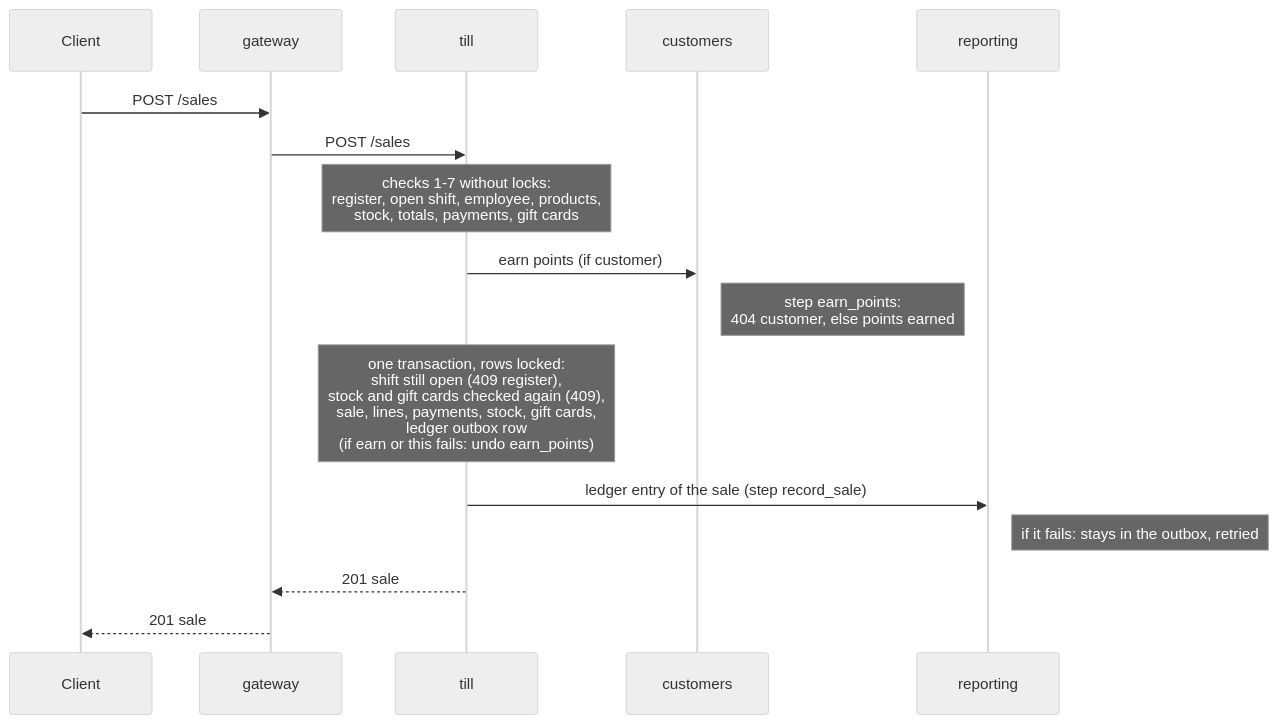
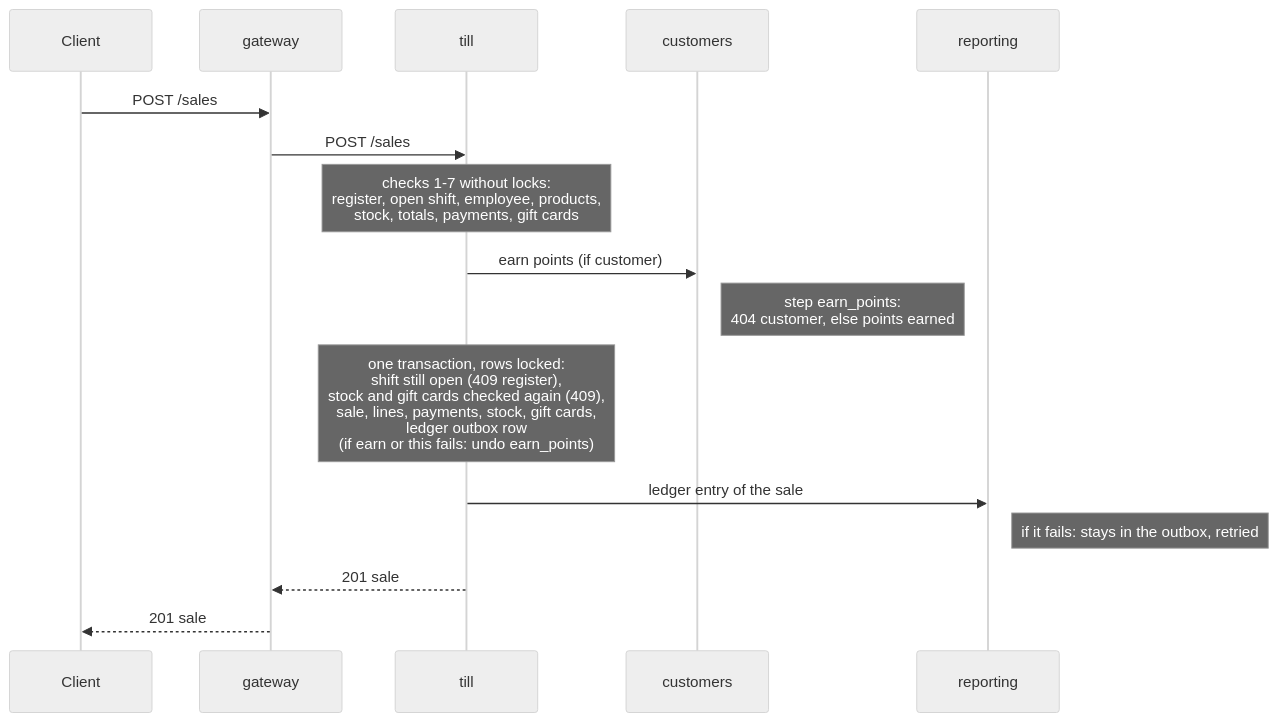
Before and after one commit to karliskalnakarklis/Group-F: diagram 12 of 15 in docs/design.md, drawn with Mermaid (neutral theme). The commit also changed other lines of this file and 6 other files, not shown here.

````diff
--- a/docs/design.md
+++ b/docs/design.md
@@ -621,18 +638,18 @@
 ```mermaid
 sequenceDiagram
     participant C as Client
     participant G as gateway
     participant T as till
     participant CU as customers
     participant R as reporting
     C->>G: POST /sales
     G->>T: POST /sales
     Note over T: checks 1-7 without locks:<br/>register, open shift, employee, products,<br/>stock, totals, payments, gift cards
     T->>CU: earn points (if customer)
     Note right of CU: step earn_points:<br/>404 customer, else points earned
     Note over T: one transaction, rows locked:<br/>shift still open (409 register),<br/>stock and gift cards checked again (409),<br/>sale, lines, payments, stock, gift cards,<br/>ledger outbox row<br/>(if earn or this fails: undo earn_points)
-    T->>R: ledger entry of the sale (step record_sale)
+    T->>R: ledger entry of the sale
     Note right of R: if it fails: stays in the outbox, retried
     T-->>G: 201 sale
     G-->>C: 201 sale
 ```
````
